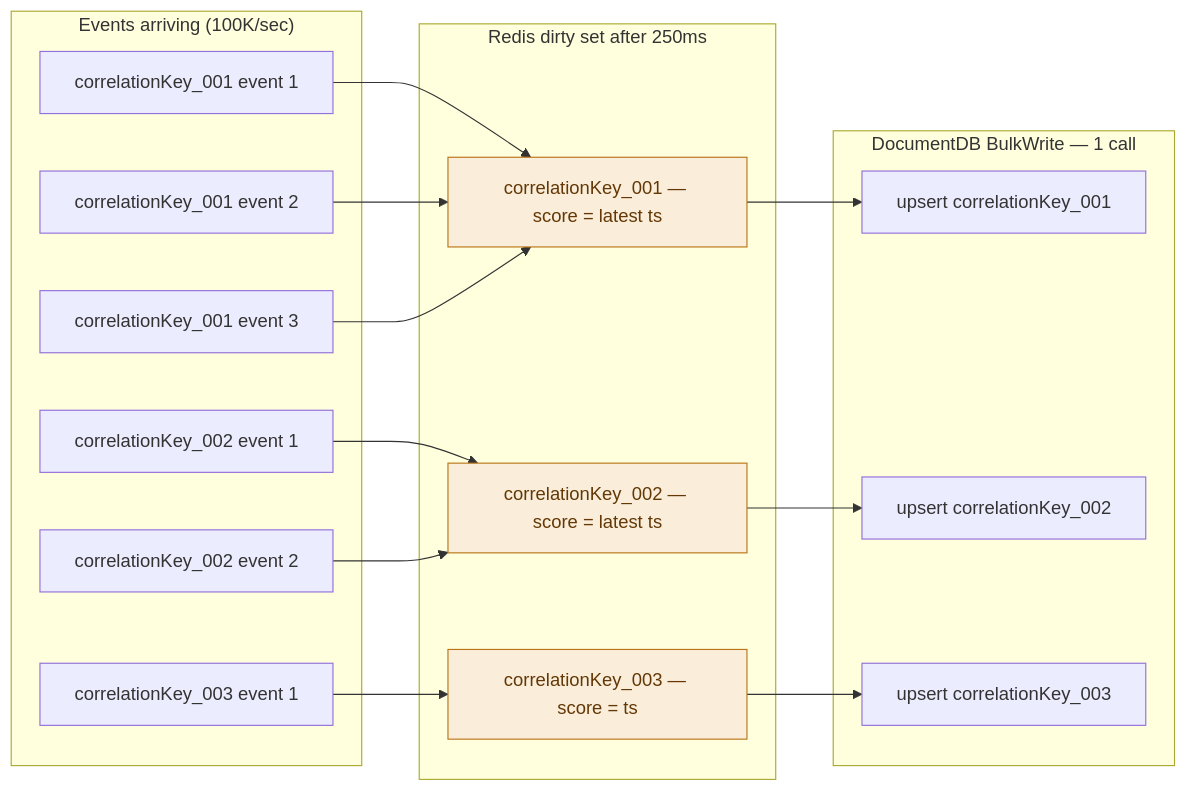
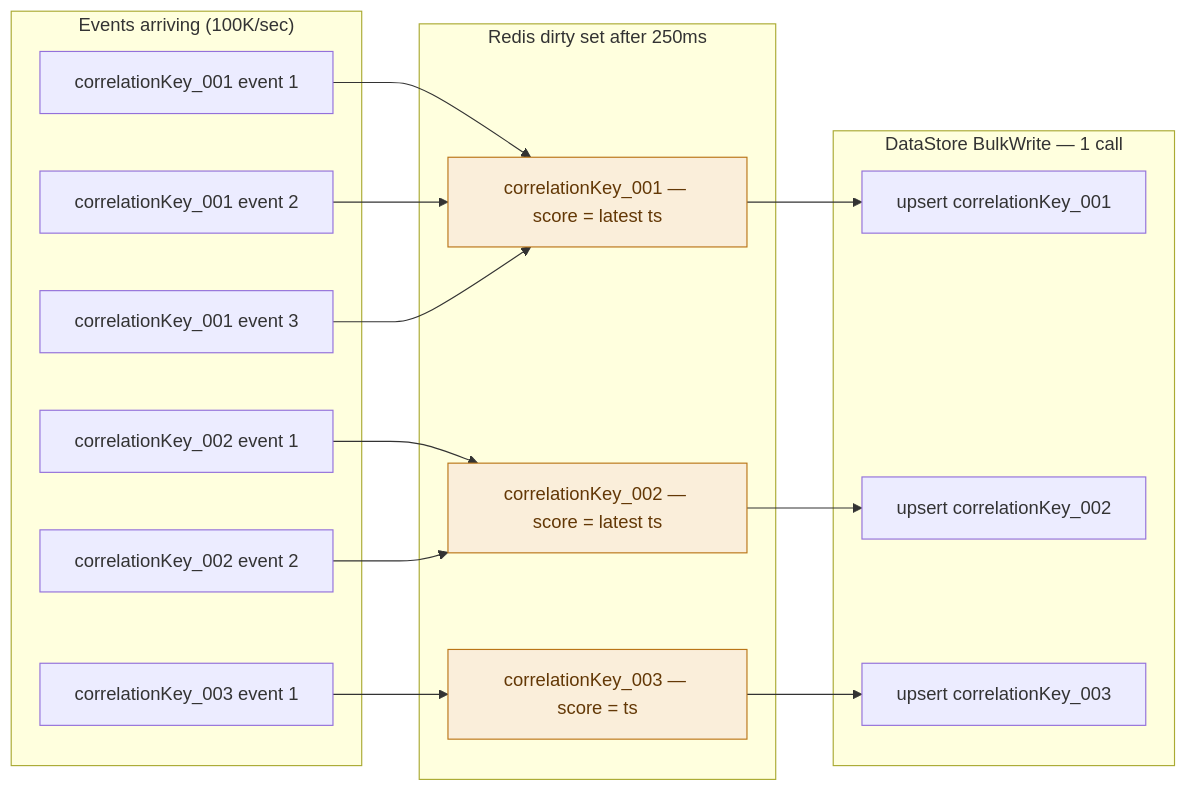
One commit to hussainpithawala/sluice-go changed the fourth of 15 diagrams in README.md. Above: the diagram before and after it, drawn with Mermaid. The commit also changed other lines of this file and 1 other file, not shown here.

````diff
--- a/README.md
+++ b/README.md
@@ -120,37 +125,37 @@
 ```mermaid
 flowchart LR
     subgraph IN ["Events arriving (100K/sec)"]
         E1["correlationKey_001 event 1"]
         E2["correlationKey_002 event 1"]
         E3["correlationKey_001 event 2"]
         E4["correlationKey_003 event 1"]
         E5["correlationKey_001 event 3"]
         E6["correlationKey_002 event 2"]
     end
 
     subgraph RDS ["Redis dirty set after 250ms"]
         D1["correlationKey_001 — score = latest ts"]
         D2["correlationKey_002 — score = latest ts"]
         D3["correlationKey_003 — score = ts"]
     end
 
-    subgraph BW ["DocumentDB BulkWrite — 1 call"]
+    subgraph BW ["DataStore BulkWrite — 1 call"]
         B1[upsert correlationKey_001]
         B2[upsert correlationKey_002]
         B3[upsert correlationKey_003]
     end
 
     E1 --> D1
     E2 --> D2
     E3 --> D1
     E4 --> D3
     E5 --> D1
     E6 --> D2
     D1 --> B1
     D2 --> B2
     D3 --> B3
 
     style D1 fill:#FAEEDA,stroke:#BA7517,color:#633806
     style D2 fill:#FAEEDA,stroke:#BA7517,color:#633806
     style D3 fill:#FAEEDA,stroke:#BA7517,color:#633806
 ```
````
